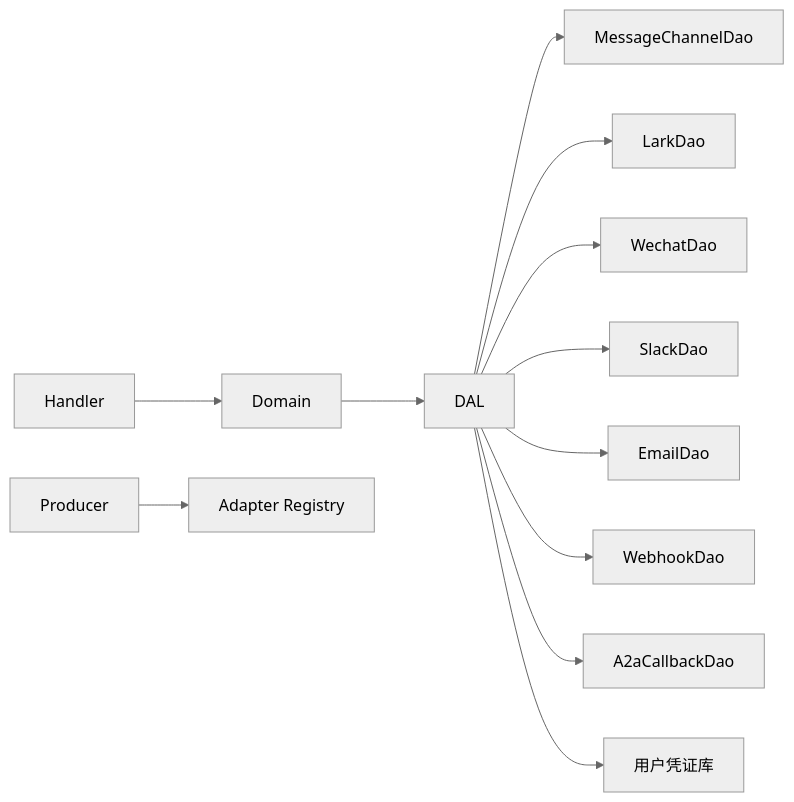
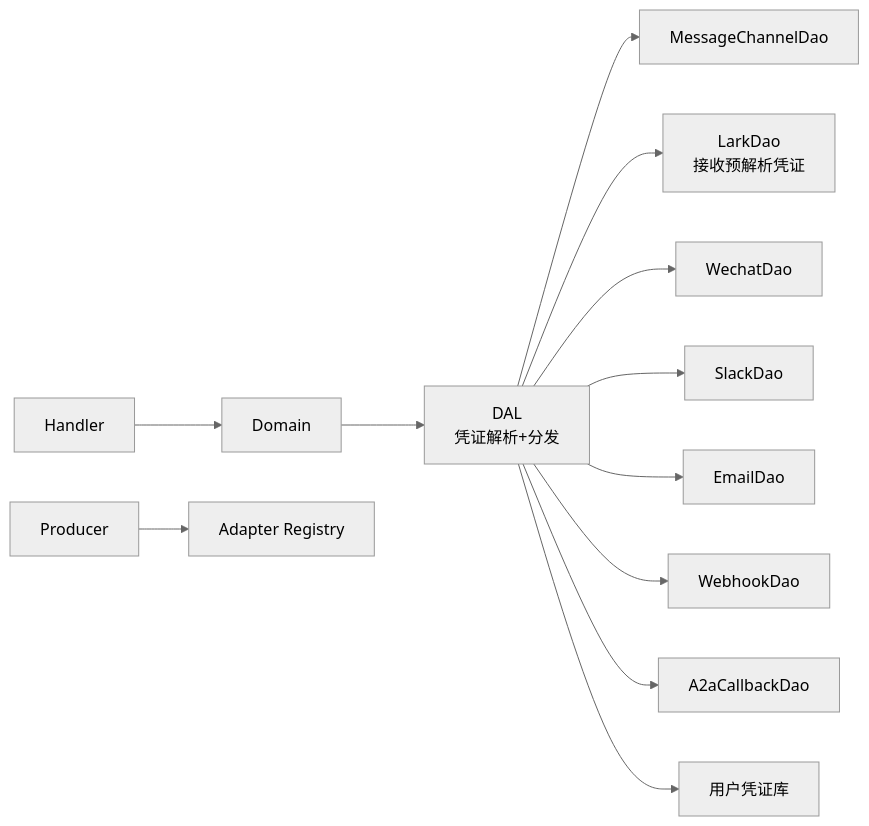
The sixth of 6 diagrams in .qoder/repowiki/zh/content/功能模块/消息系统/消息渠道管理.md (runningcoders/ai_orz), drawn with Mermaid (neutral theme) before and after one commit. The commit also changed other lines of this file and 5 other files, not shown here.

````diff
--- a/.qoder/repowiki/zh/content/功能模块/消息系统/消息渠道管理.md
+++ b/.qoder/repowiki/zh/content/功能模块/消息系统/消息渠道管理.md
@@ -337,14 +361,14 @@
 ```mermaid
 graph LR
 Handler["Handler"] --> Domain["Domain"]
-Domain --> DAL["DAL"]
+Domain --> DAL["DAL<br/>凭证解析+分发"]
 DAL --> DAO_MC["MessageChannelDao"]
-DAL --> DAO_Lark["LarkDao"]
+DAL --> DAO_Lark["LarkDao<br/>接收预解析凭证"]
 DAL --> DAO_Wechat["WechatDao"]
 DAL --> DAO_Slack["SlackDao"]
 DAL --> DAO_Email["EmailDao"]
 DAL --> DAO_Webhook["WebhookDao"]
 DAL --> DAO_A2A["A2aCallbackDao"]
 DAL --> UserStore["用户凭证库"]
 Producer["Producer"] --> Adapter["Adapter Registry"]
 ```
````
